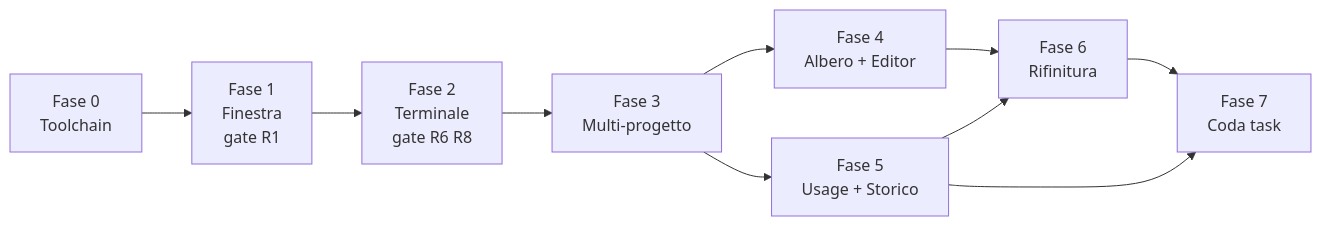
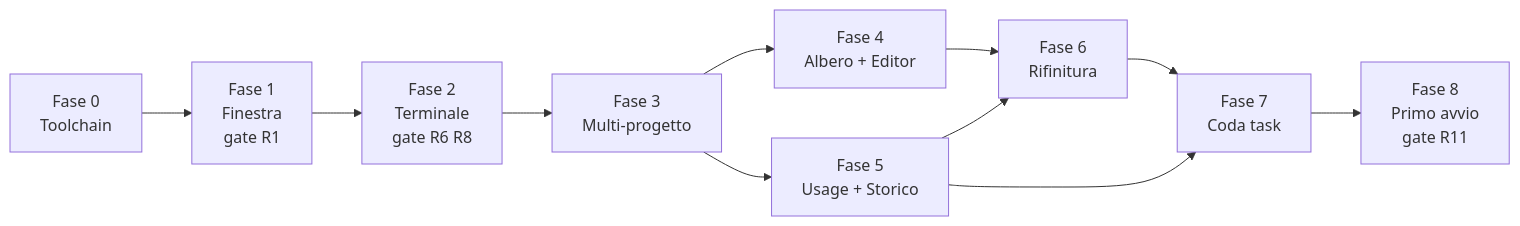
One commit to Bodyes26/OMP-Studio changed the diagram in docs/PLAN.md. Above: the diagram before and after it, drawn with Mermaid. The commit also changed other lines of this file and 54 other files, not shown here.

First line of the commit message:
feat: primo avvio guidato, ricerca online nei task e rifiniture della chat GUI

````diff
--- a/docs/PLAN.md
+++ b/docs/PLAN.md
@@ -261,12 +353,13 @@
 ```mermaid
 graph LR
   F0["Fase 0<br/>Toolchain"] --> F1["Fase 1<br/>Finestra<br/>gate R1"]
   F1 --> F2["Fase 2<br/>Terminale<br/>gate R6 R8"]
   F2 --> F3["Fase 3<br/>Multi-progetto"]
   F3 --> F4["Fase 4<br/>Albero + Editor"]
   F3 --> F5["Fase 5<br/>Usage + Storico"]
   F4 --> F6["Fase 6<br/>Rifinitura"]
   F5 --> F6
   F5 --> F7["Fase 7<br/>Coda task"]
   F6 --> F7
+  F7 --> F8["Fase 8<br/>Primo avvio<br/>gate R11"]
 ```
````
